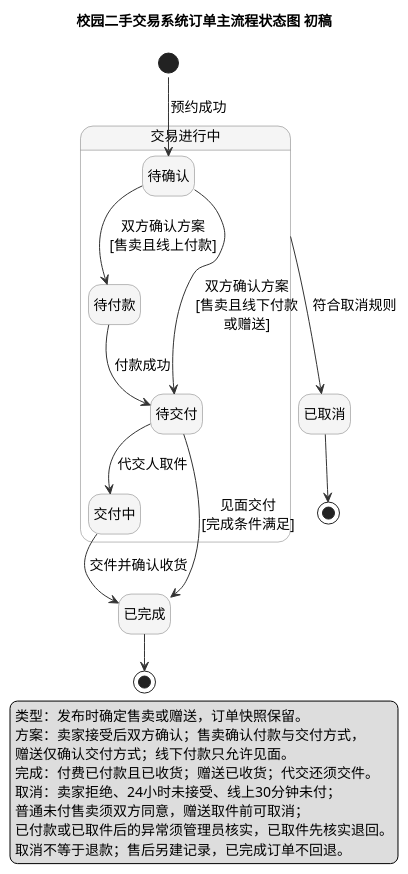
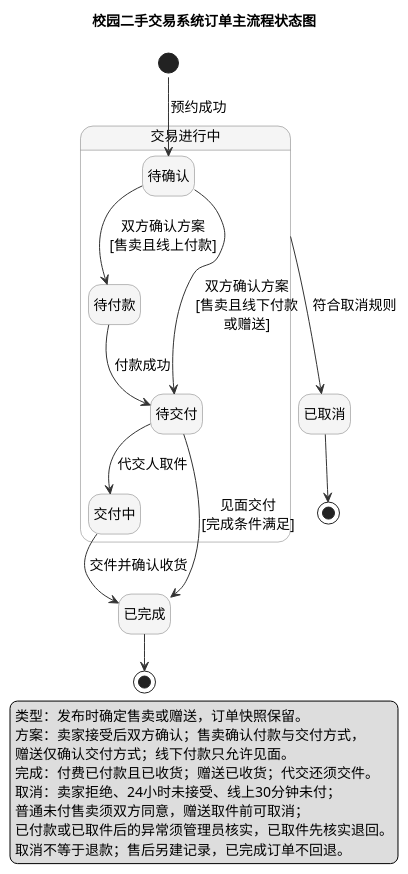
Before and after one commit to koishikois259/campus-market: the diagram in UML/UML状态图.puml, drawn with PlantUML. The commit also changed 13 other files, not shown here.

Commit message:
lab2: clean UML titles and fit sequence design on one page

```diff
--- a/UML/UML状态图.puml
+++ b/UML/UML状态图.puml
@@ -1,51 +1,51 @@
 @startuml
 ' Order state diagram v0.3, revised after user review, 2026-11-04.
 ' Reference: https://plantuml.com/zh/state-diagram
 !pragma layout smetana
-title 校园二手交易系统订单主流程状态图 初稿
+title 校园二手交易系统订单主流程状态图
 hide empty description
 skinparam defaultFontName Microsoft YaHei
 skinparam defaultFontSize 14
 skinparam shadowing false
 skinparam stateBackgroundColor #F5F5F5
 skinparam stateBorderColor #777777
 skinparam ArrowColor #333333
 skinparam nodesep 30
 skinparam ranksep 30
 
 state "交易进行中" as Active {
   state "待确认" as Pending
   state "待付款" as WaitingPayment
   state "待交付" as Ready
   state "交付中" as Delivering
 
   Pending -down-> WaitingPayment : 双方确认方案\n[售卖且线上付款]
   WaitingPayment -down-> Ready : 付款成功
   Pending --> Ready : 双方确认方案\n[售卖且线下付款\n或赠送]
   Ready -down-> Delivering : 代交人取件
 }
 
 state "已完成" as Completed
 state "已取消" as Cancelled
 state CompletedEnd <<end>>
 state CancelledEnd <<end>>
 
 [*] --> Pending : 预约成功
 Ready --> Completed : 见面交付\n[完成条件满足]
 Delivering --> Completed : 交件并确认收货
 Active -right-> Cancelled : 符合取消规则
 Ready -[hidden]right-> Cancelled
 Completed --> CompletedEnd
 Cancelled --> CancelledEnd
 
 legend bottom
   类型：发布时确定售卖或赠送，订单快照保留。
   方案：卖家接受后双方确认；售卖确认付款与交付方式，
   赠送仅确认交付方式；线下付款只允许见面。
   完成：付费已付款且已收货；赠送已收货；代交还须交件。
   取消：卖家拒绝、24小时未接受、线上30分钟未付；
   普通未付售卖须双方同意，赠送取件前可取消；
   已付款或已取件后的异常须管理员核实，已取件先核实退回。
   取消不等于退款；售后另建记录，已完成订单不回退。
 endlegend
 @enduml
```
